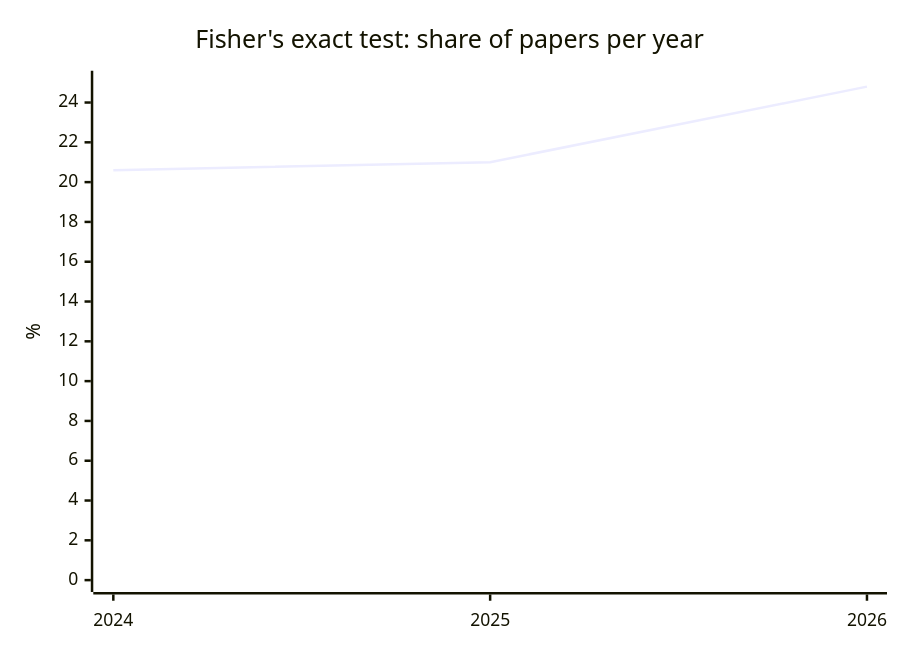
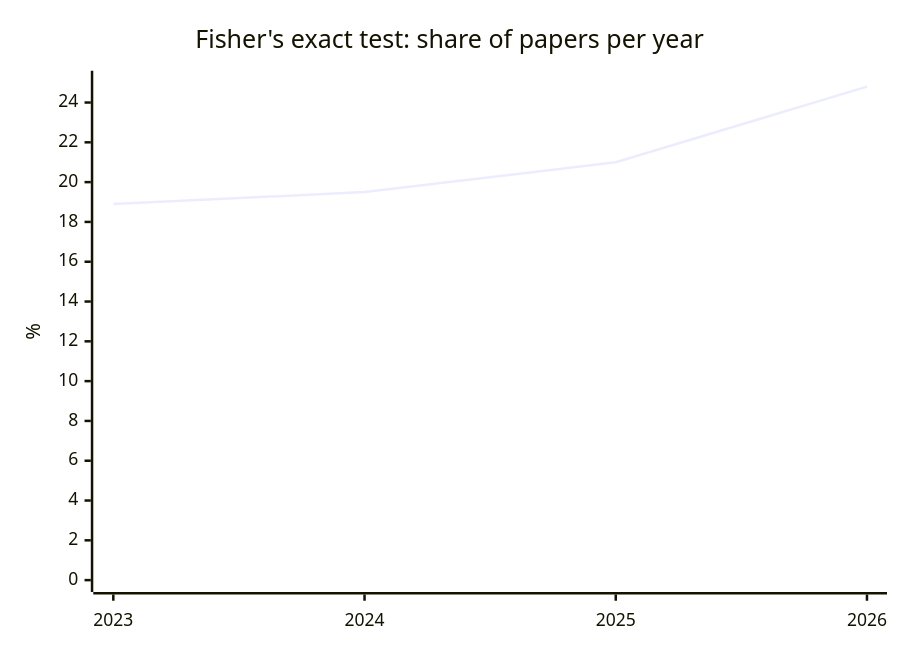
The fifth of 5 diagrams in literature-watch/reports/overview.md (nfdi4health/datashield-function-ideas), drawn with Mermaid before and after one commit. The commit also changed other lines of this file and 1 other file, not shown here.

````diff
--- a/literature-watch/reports/overview.md
+++ b/literature-watch/reports/overview.md
@@ -84,7 +84,7 @@
 ```mermaid
 xychart-beta
   title "Fisher's exact test: share of papers per year"
-  x-axis [2024, 2025, 2026]
+  x-axis [2023, 2024, 2025, 2026]
   y-axis "%" 0 --> 25
-  line [20.6, 21.0, 24.8]
+  line [18.9, 19.5, 21.0, 24.8]
 ```
````
